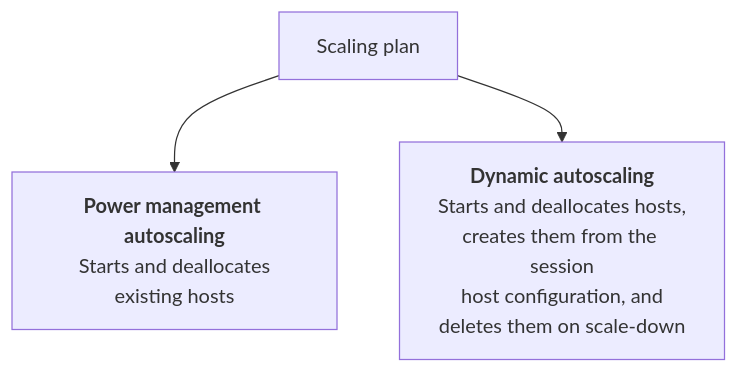
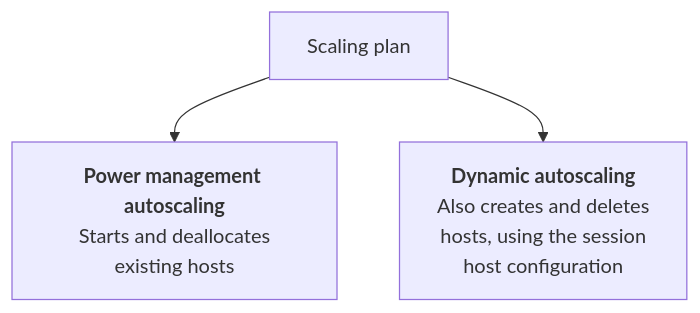
The diagram in docs/scaling/index.md (marckean/AVD-Reference_Architecture), drawn with Mermaid before and after one commit. The commit also changed 1 other file, not shown here.

Commit message:
Tidy the Scaling and Images diagram labels so they read at the content width

````diff
--- a/docs/scaling/index.md
+++ b/docs/scaling/index.md
@@ -31,5 +31,5 @@
 ```mermaid
 flowchart TB
     PLAN["Scaling plan"] --> PM["<b>Power management autoscaling</b><br/>Starts and deallocates<br/>existing hosts"]
-    PLAN --> DYN["<b>Dynamic autoscaling</b><br/>Starts and deallocates hosts,<br/>creates them from the session<br/>host configuration, and<br/>deletes them on scale-down"]
+    PLAN --> DYN["<b>Dynamic autoscaling</b><br/>Also creates and deletes<br/>hosts, using the session<br/>host configuration"]
 ```
````
